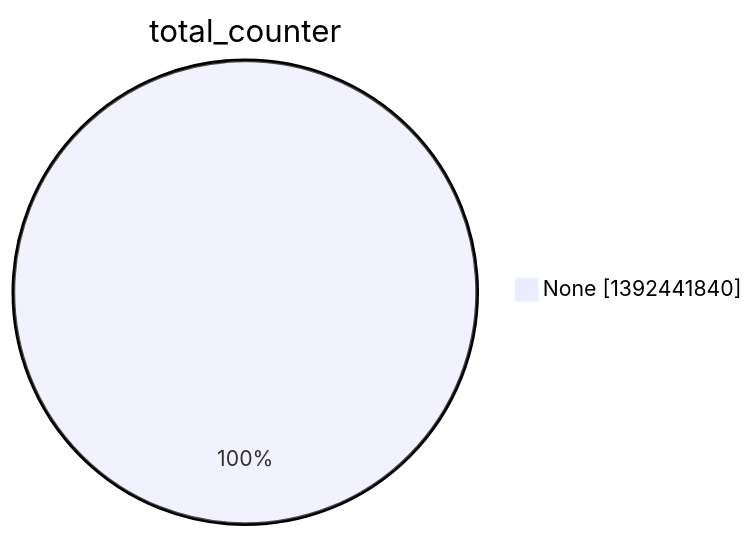
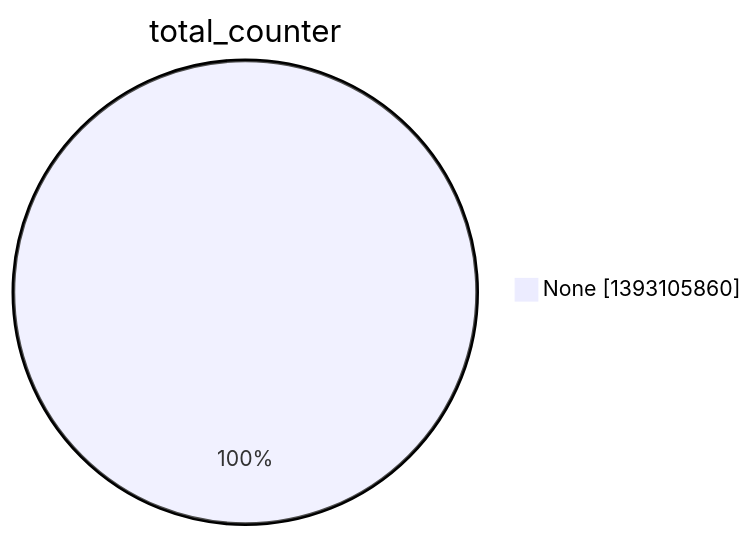
Before and after one commit to christiankrug/ctmonitor_visualization: the second of 15 diagrams in argon2022/README.md, drawn with Mermaid. The commit also changed other lines of this file, not shown here.

````diff
--- a/argon2022/README.md
+++ b/argon2022/README.md
@@ -9,5 +9,5 @@
 ```mermaid
 pie showData
 title total_counter
-"None" :1392441840
+"None" :1393105860
 ```
````
